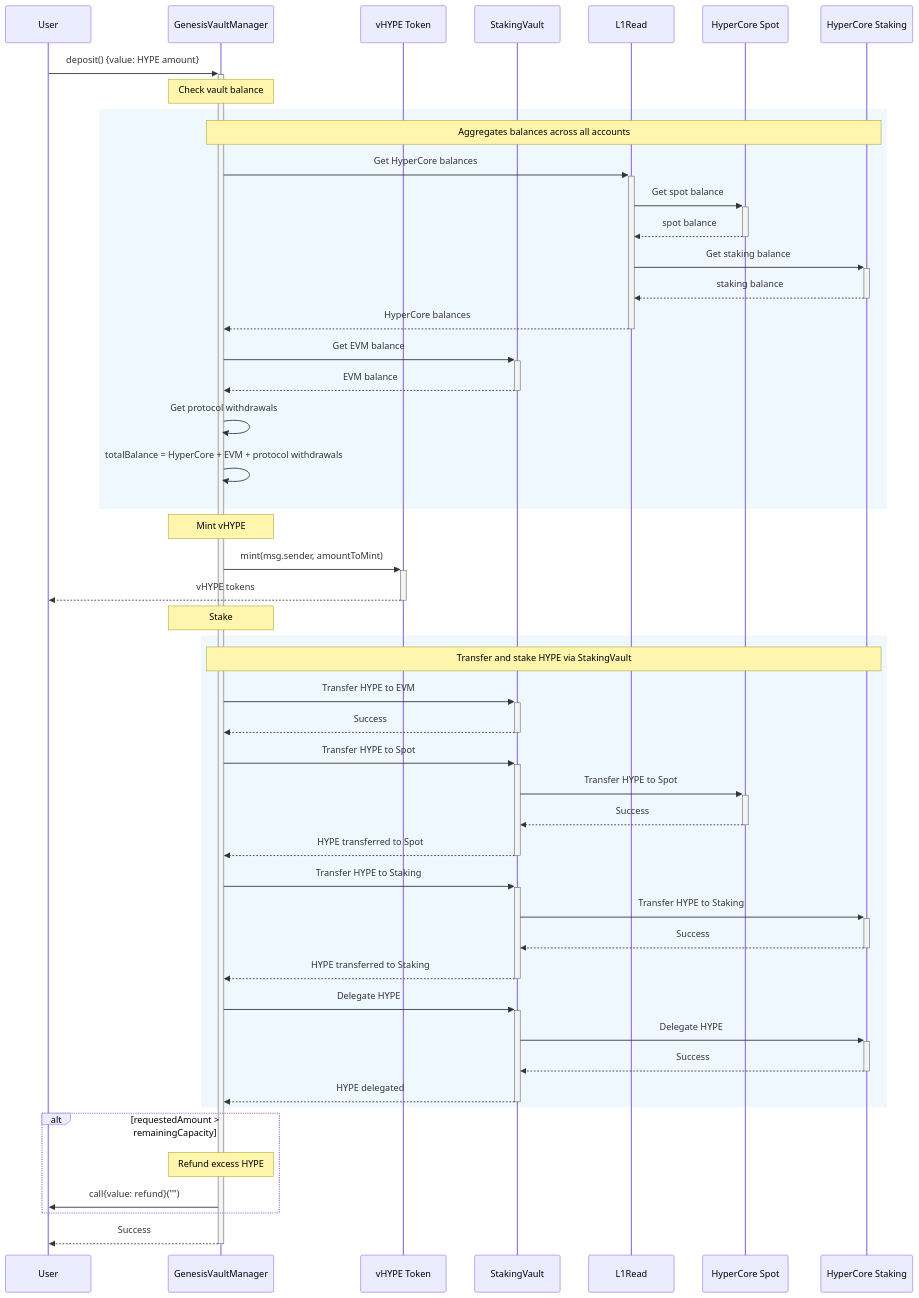
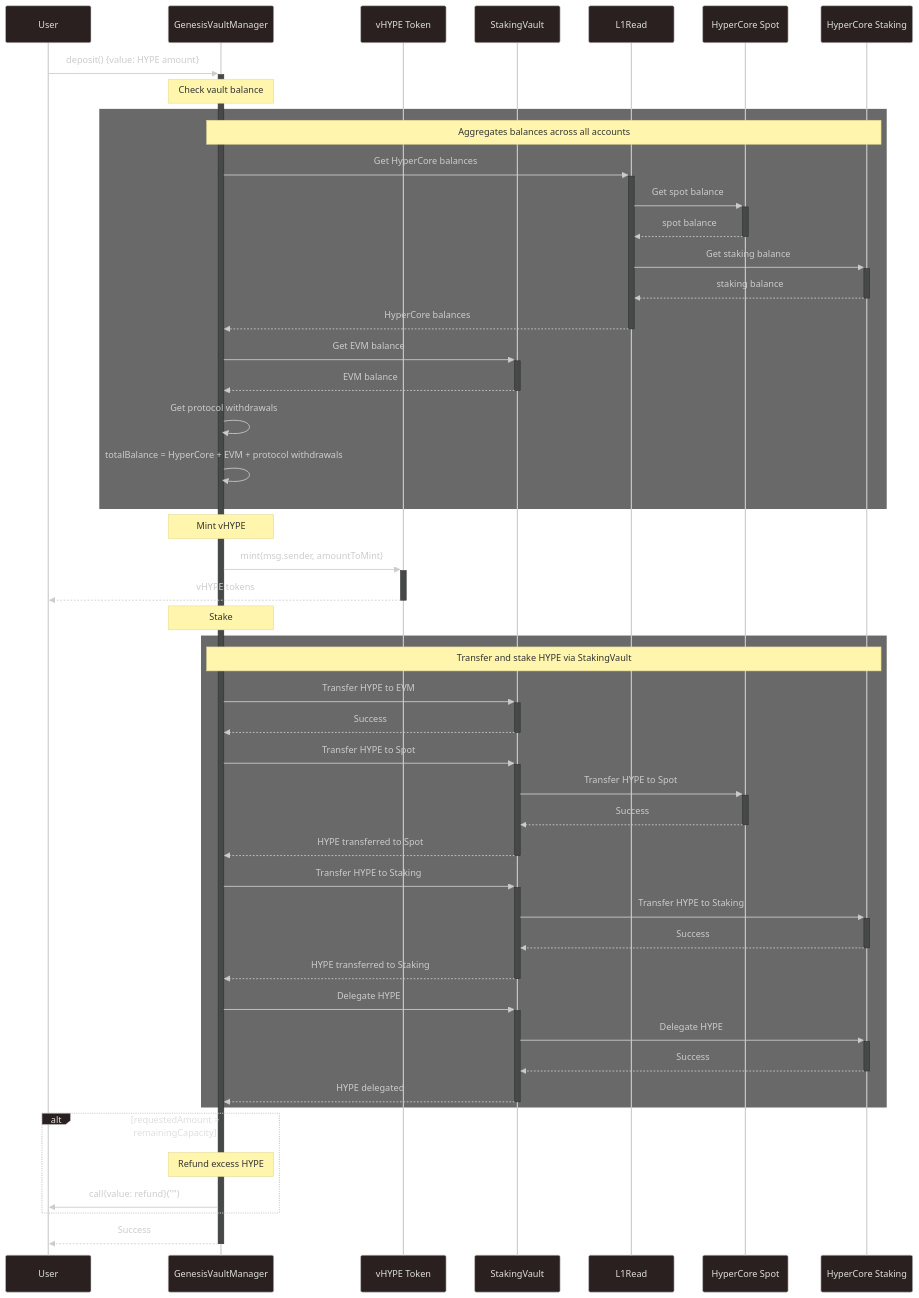
The diagram in ARCHITECTURE.md (ventuals/ventuals-contracts), drawn with Mermaid before and after one commit.

````diff
--- a/ARCHITECTURE.md
+++ b/ARCHITECTURE.md
@@ -7,62 +7,63 @@
 ```mermaid
+%%{init: {'theme':'neo-dark'}}%%
 sequenceDiagram
     participant User
     participant GVM as GenesisVaultManager
     participant vHYPE as vHYPE Token
     participant SV as StakingVault
     participant L1R as L1Read
     participant HCSP as HyperCore Spot
     participant HCST as HyperCore Staking
 
     User->>+GVM: deposit() {value: HYPE amount}
 
     Note over GVM: Check vault balance
 
-    rect rgb(240, 248, 255)
+    rect dimgray
         Note over GVM,HCST: Aggregates balances across all accounts
 
         GVM->>+L1R: Get HyperCore balances
         L1R->>+HCSP: Get spot balance
         HCSP-->>-L1R: spot balance
         L1R->>+HCST: Get staking balance
         HCST-->>-L1R: staking balance
         L1R-->>-GVM: HyperCore balances
         GVM->>+SV: Get EVM balance
         SV-->>-GVM: EVM balance
         GVM->>GVM: Get protocol withdrawals
         GVM->>GVM: totalBalance = HyperCore + EVM + protocol withdrawals
     end
 
     Note over GVM: Mint vHYPE
     GVM->>+vHYPE: mint(msg.sender, amountToMint)
     vHYPE-->>-User: vHYPE tokens
 
     Note over GVM: Stake
 
-    rect rgb(240, 248, 255)
+    rect dimgray
         Note over GVM,HCST: Transfer and stake HYPE via StakingVault
         GVM->>+SV: Transfer HYPE to EVM
         SV-->>-GVM: Success
         GVM->>+SV: Transfer HYPE to Spot
         SV->>+HCSP: Transfer HYPE to Spot
         HCSP-->>-SV: Success
         SV-->>-GVM: HYPE transferred to Spot
 
         GVM->>+SV: Transfer HYPE to Staking
         SV->>+HCST: Transfer HYPE to Staking
         HCST-->>-SV: Success
         SV-->>-GVM: HYPE transferred to Staking
 
         GVM->>+SV: Delegate HYPE
         SV->>+HCST: Delegate HYPE
         HCST-->>-SV: Success
         SV-->>-GVM: HYPE delegated
     end
 
     alt requestedAmount > remainingCapacity
         Note over GVM: Refund excess HYPE
         GVM->>User: call{value: refund}("")
     end
 
     GVM-->>-User: Success
 ```
````
